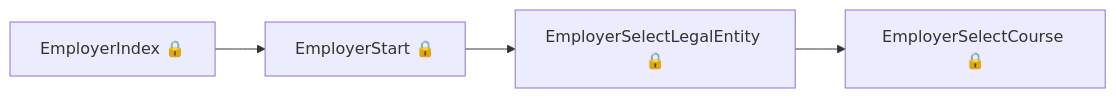
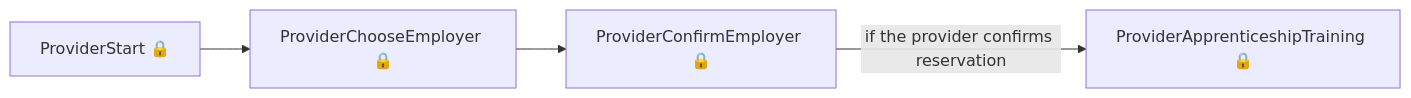
The second of 6 diagrams in das-reservations/user-journeys/user-journeys.md (talentconsulting/atlas-dfe), drawn with Mermaid before and after one commit. The commit also changed other lines of this file and 22 other files, not shown here.

````diff
--- a/das-reservations/user-journeys/user-journeys.md
+++ b/das-reservations/user-journeys/user-journeys.md
@@ -22,6 +21,6 @@
 ```mermaid
 flowchart LR
-  p0["EmployerIndex 🔒"] --> p1["EmployerStart 🔒"]
-  p1["EmployerStart 🔒"] --> p2["EmployerSelectLegalEntity 🔒"]
-  p2["EmployerSelectLegalEntity 🔒"] --> p3["EmployerSelectCourse 🔒"]
+  p0["ProviderStart 🔒"] --> p1["ProviderChooseEmployer 🔒"]
+  p1["ProviderChooseEmployer 🔒"] --> p2["ProviderConfirmEmployer 🔒"]
+  p2["ProviderConfirmEmployer 🔒"] -->|"if the provider confirms reservation"| p3["ProviderApprenticeshipTraining 🔒"]
 ```
````
